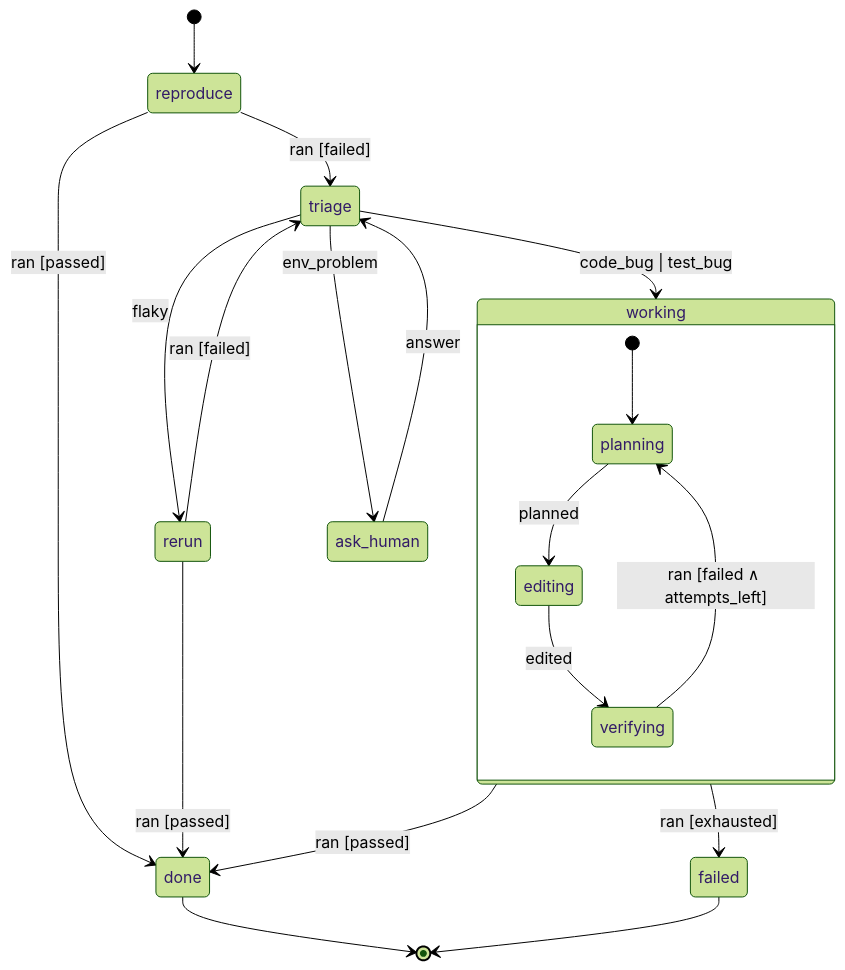
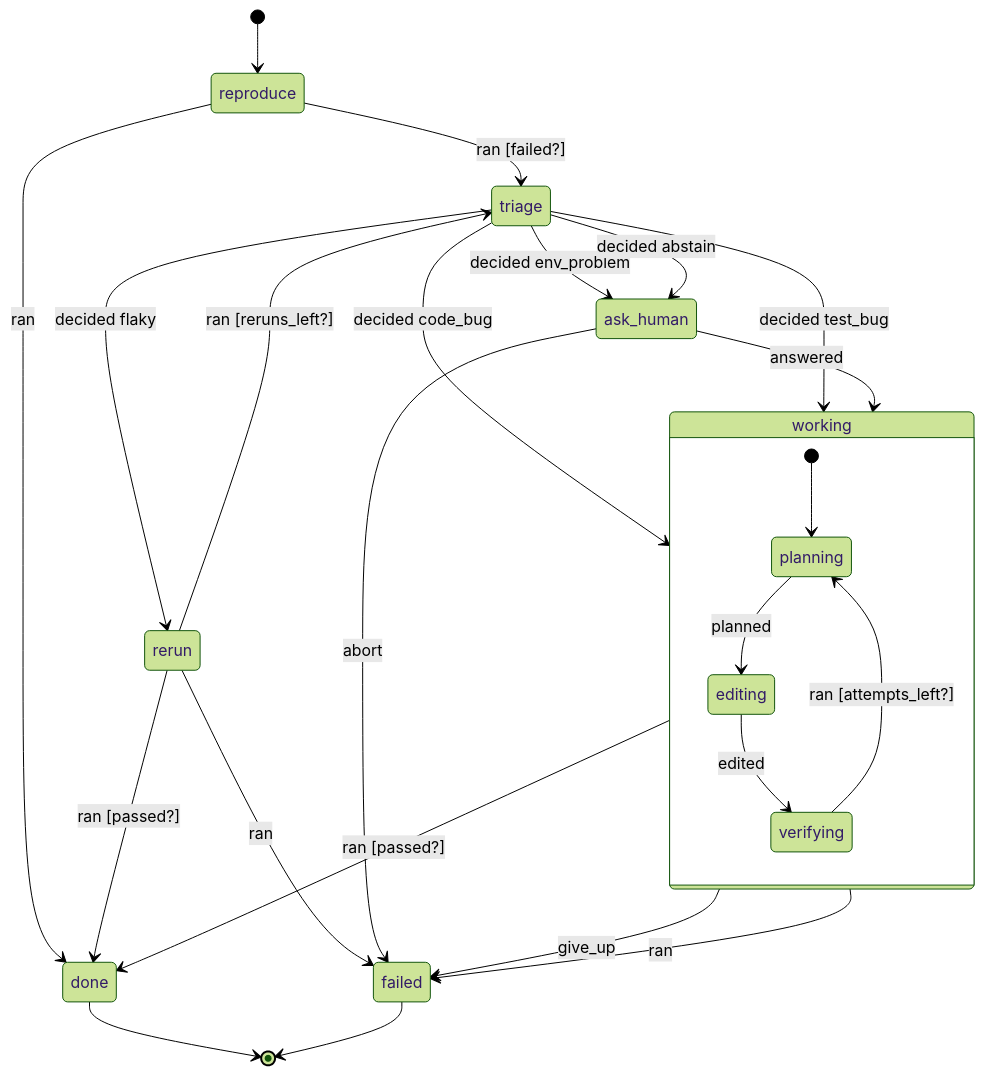
One commit to romeroabelleira/xeito changed the first of 2 diagrams in docs/architecture/02-state-machine-core.md. Above: the diagram before and after it, drawn with Mermaid (forest theme). The commit also changed other lines of this file and 40 other files, not shown here.

````diff
--- a/docs/architecture/02-state-machine-core.md
+++ b/docs/architecture/02-state-machine-core.md
@@ -65,22 +92,27 @@
 ```mermaid
 stateDiagram-v2
   [*] --> reproduce
-  reproduce --> triage: ran [failed]
-  reproduce --> done: ran [passed]
-  triage --> rerun: flaky
-  triage --> working: code_bug | test_bug
-  triage --> ask_human: env_problem
-  ask_human --> triage: answer
-  rerun --> done: ran [passed]
-  rerun --> triage: ran [failed]
+  reproduce --> triage: ran [failed?]
+  reproduce --> done: ran
+  triage --> rerun: decided flaky
+  triage --> working: decided code_bug
+  triage --> working: decided test_bug
+  triage --> ask_human: decided env_problem
+  triage --> ask_human: decided abstain
+  rerun --> done: ran [passed?]
+  rerun --> triage: ran [reruns_left?]
+  rerun --> failed: ran
+  working --> failed: give_up
+  working --> done: ran [passed?]
+  working --> failed: ran
+  ask_human --> working: answered
+  ask_human --> failed: abort
   state working {
     [*] --> planning
     planning --> editing: planned
     editing --> verifying: edited
-    verifying --> planning: ran [failed ∧ attempts_left]
+    verifying --> planning: ran [attempts_left?]
   }
-  working --> done: ran [passed]
-  working --> failed: ran [exhausted]
   done --> [*]
   failed --> [*]
 ```
````
